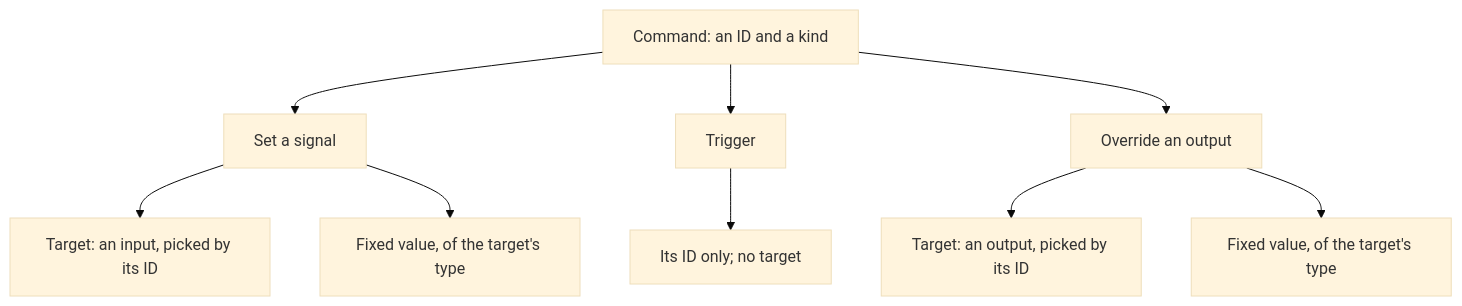
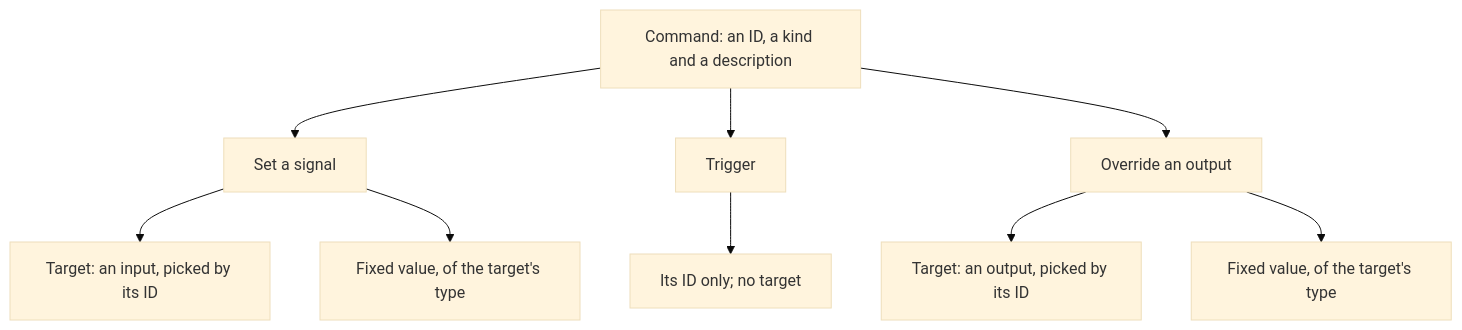
Diagram 34 of 52 in metadata/draft.md (AlexandreGallais/synoptic-studio-spec), drawn with Mermaid (base theme) before and after one commit. The commit also changed other lines of this file and 2 other files, not shown here.

First line of the commit message:
docs(metadata): give signals and commands a description

````diff
--- a/metadata/draft.md
+++ b/metadata/draft.md
@@ -971,11 +976,11 @@
 ```mermaid
 flowchart TD
-    C["Command: an ID and a kind"] --> S[Set a signal]
+    C["Command: an ID, a kind and a description"] --> S[Set a signal]
     C --> E[Trigger]
     C --> O[Override an output]
     S --> TS["Target: an input, picked by its ID"]
     S --> F["Fixed value, of the target's type"]
     E --> N["Its ID only; no target"]
     O --> TO["Target: an output, picked by its ID"]
     O --> FO["Fixed value, of the target's type"]
 ```
````
